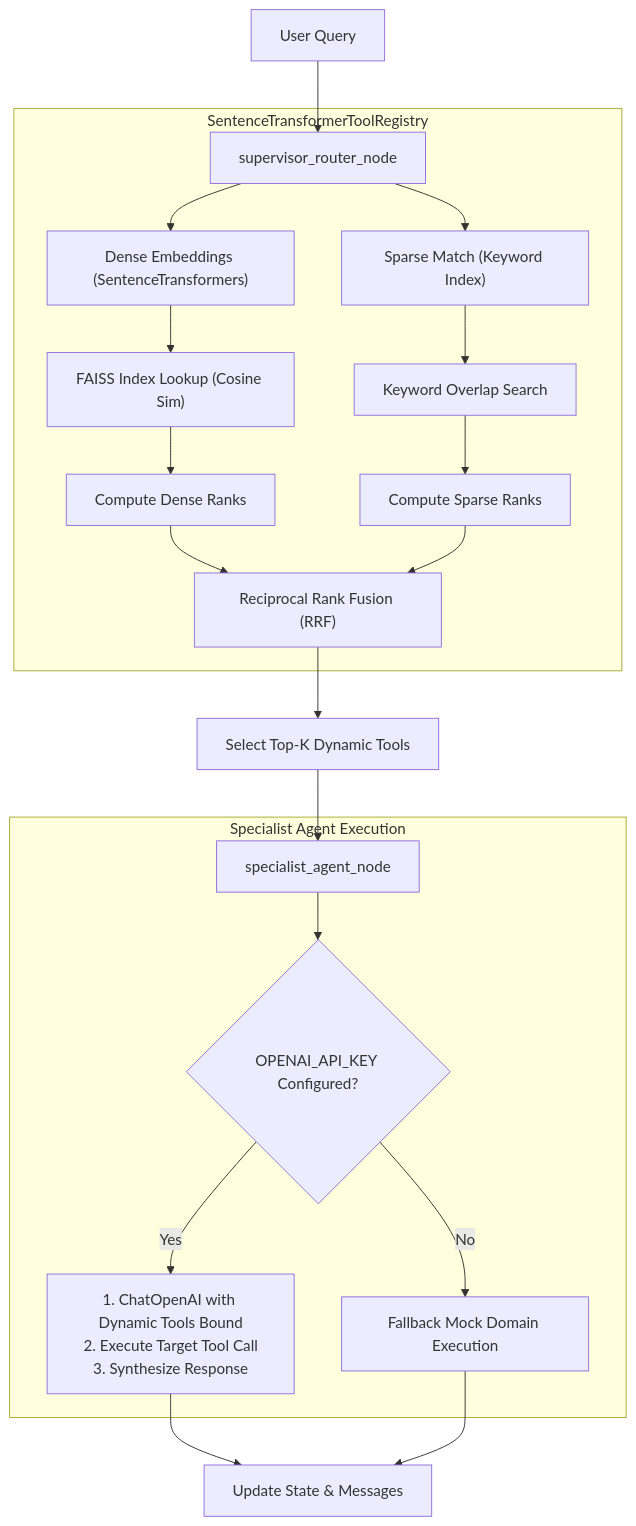
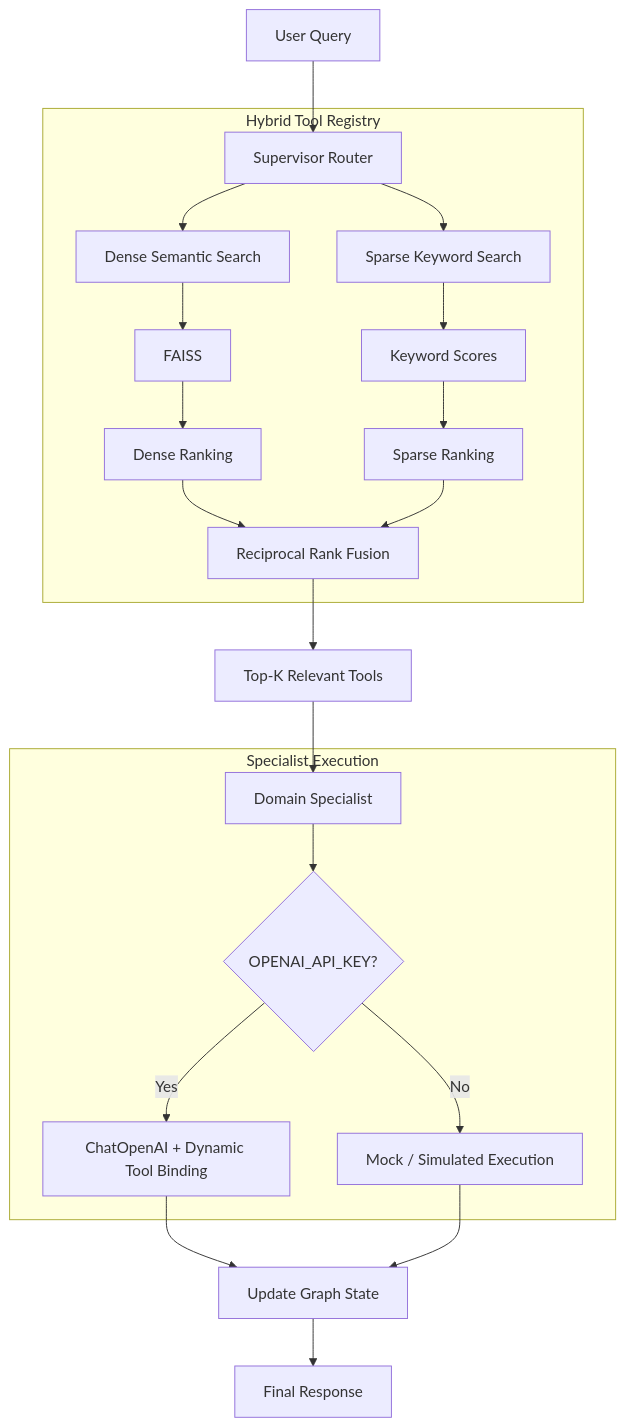
The diagram in README.md (Danisk43/Scalable-Agentic-System), drawn with Mermaid before and after one commit. The commit also changed other lines of this file, not shown here.

Commit message:
final readme

````diff
--- a/README.md
+++ b/README.md
@@ -24,25 +62,31 @@
 ```mermaid
 flowchart TD
-    UserQuery["User Query"] --> Router[supervisor_router_node]
-  
-    subgraph Registry ["SentenceTransformerToolRegistry"]
-        Router --> DenseSearch["Dense Embeddings (SentenceTransformers)"]
-        Router --> SparseSearch["Sparse Match (Keyword Index)"]
-        DenseSearch --> FAISS["FAISS Index Lookup (Cosine Sim)"]
-        SparseSearch --> OverlapCount["Keyword Overlap Search"]
-        FAISS --> RankDense["Compute Dense Ranks"]
-        OverlapCount --> RankSparse["Compute Sparse Ranks"]
-        RankDense & RankSparse --> RRF["Reciprocal Rank Fusion (RRF)"]
+    UserQuery["User Query"] --> Router["Supervisor Router"]
+
+    subgraph Registry["Hybrid Tool Registry"]
+        Router --> Dense["Dense Semantic Search"]
+        Router --> Sparse["Sparse Keyword Search"]
+
+        Dense --> FAISS["FAISS"]
+        Sparse --> Keywords["Keyword Scores"]
+
+        FAISS --> DenseRank["Dense Ranking"]
+        Keywords --> SparseRank["Sparse Ranking"]
+
+        DenseRank --> RRF["Reciprocal Rank Fusion"]
+        SparseRank --> RRF
     end
-  
-    RRF --> TopK["Select Top-K Dynamic Tools"]
-    TopK --> Specialist[specialist_agent_node]
-  
-    subgraph Execution ["Specialist Agent Execution"]
-        Specialist --> CheckEnv{"OPENAI_API_KEY Configured?"}
-        CheckEnv -->|Yes| LLMCall["1. ChatOpenAI with Dynamic Tools Bound\n2. Execute Target Tool Call\n3. Synthesize Response"]
-        CheckEnv -->|No| MockCall["Fallback Mock Domain Execution"]
+
+    RRF --> TopK["Top-K Relevant Tools"]
+    TopK --> Specialist["Domain Specialist"]
+
+    subgraph Execution["Specialist Execution"]
+        Specialist --> Check{"OPENAI_API_KEY?"}
+        Check -->|Yes| OpenAI["ChatOpenAI + Dynamic Tool Binding"]
+        Check -->|No| Mock["Mock / Simulated Execution"]
     end
-  
-    LLMCall & MockCall --> OutputState["Update State & Messages"]
+
+    OpenAI --> State["Update Graph State"]
+    Mock --> State
+    State --> Response["Final Response"]
 ```
````
